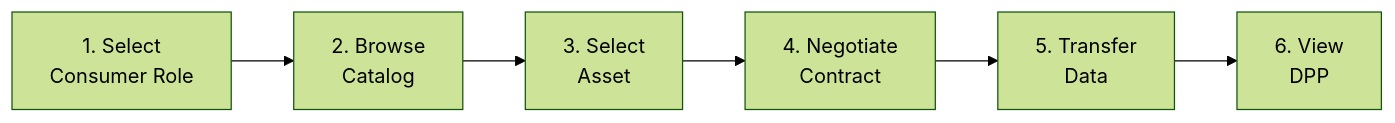
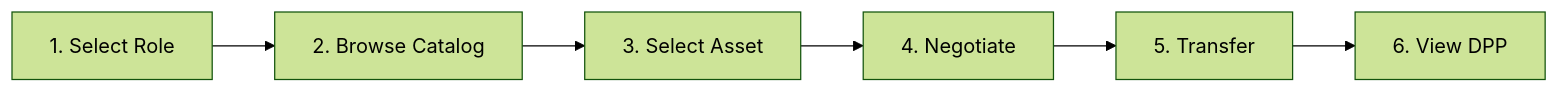
One commit to ma3u/MinimumViableDataspace changed the seventh of 8 diagrams in AEROSPACE-DEMO-README.md. Above: the diagram before and after it, drawn with Mermaid (forest theme). The commit also changed other lines of this file, not shown here.

Commit message:
fix: Remove all newline characters from Mermaid diagram labels

````diff
--- a/AEROSPACE-DEMO-README.md
+++ b/AEROSPACE-DEMO-README.md
@@ -532,8 +532,8 @@
 ```mermaid
 flowchart LR
-    A["1. Select\nConsumer Role"] --> B["2. Browse\nCatalog"]
-    B --> C["3. Select\nAsset"]
-    C --> D["4. Negotiate\nContract"]
-    D --> E["5. Transfer\nData"]
-    E --> F["6. View\nDPP"]
+    A["1. Select Role"] --> B["2. Browse Catalog"]
+    B --> C["3. Select Asset"]
+    C --> D["4. Negotiate"]
+    D --> E["5. Transfer"]
+    E --> F["6. View DPP"]
 ```
````
